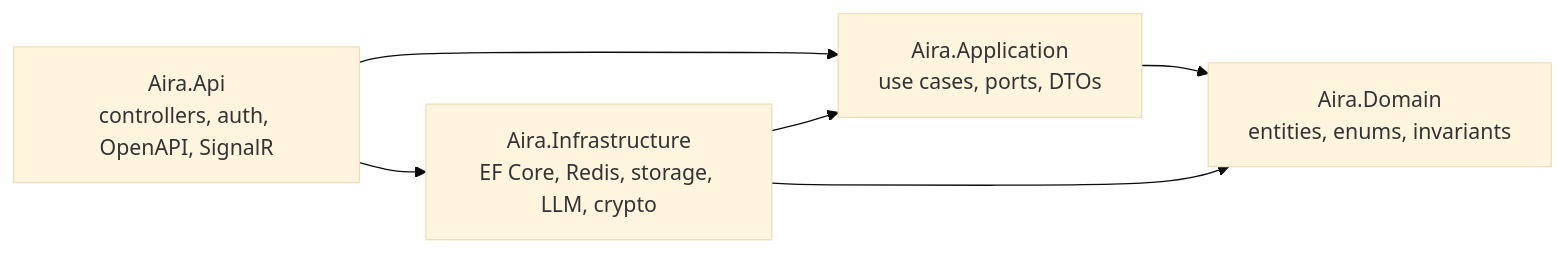
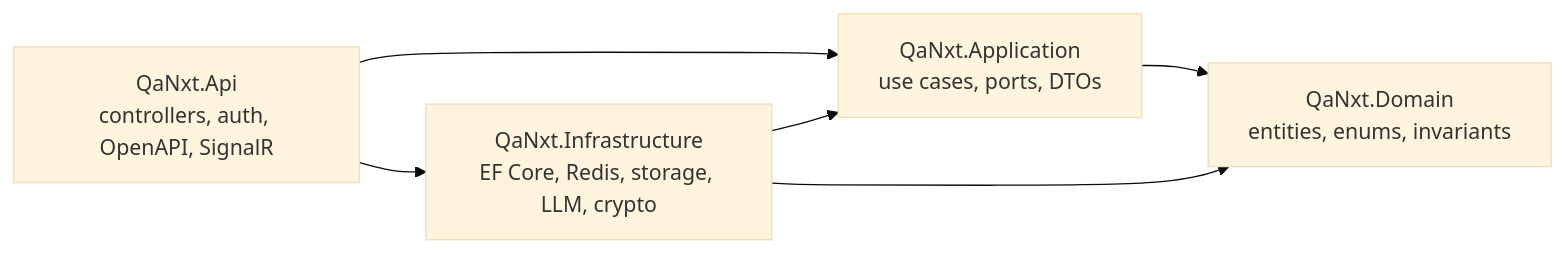
One commit to zakir911/QANXT changed the second of 6 diagrams in docs/architecture.md. Above: the diagram before and after it, drawn with Mermaid (base theme). The commit also changed other lines of this file and 931 other files, not shown here.

````diff
--- a/docs/architecture.md
+++ b/docs/architecture.md
@@ -28,8 +28,8 @@
 ```mermaid
 flowchart LR
-    A[Aira.Api<br/>controllers, auth, OpenAPI, SignalR] --> B[Aira.Application<br/>use cases, ports, DTOs]
-    C[Aira.Infrastructure<br/>EF Core, Redis, storage, LLM, crypto] --> B
-    B --> D[Aira.Domain<br/>entities, enums, invariants]
+    A[QaNxt.Api<br/>controllers, auth, OpenAPI, SignalR] --> B[QaNxt.Application<br/>use cases, ports, DTOs]
+    C[QaNxt.Infrastructure<br/>EF Core, Redis, storage, LLM, crypto] --> B
+    B --> D[QaNxt.Domain<br/>entities, enums, invariants]
     C --> D
     A --> C
 ```
````
